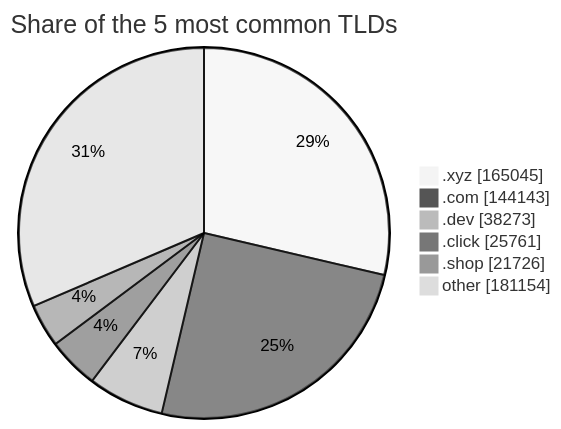
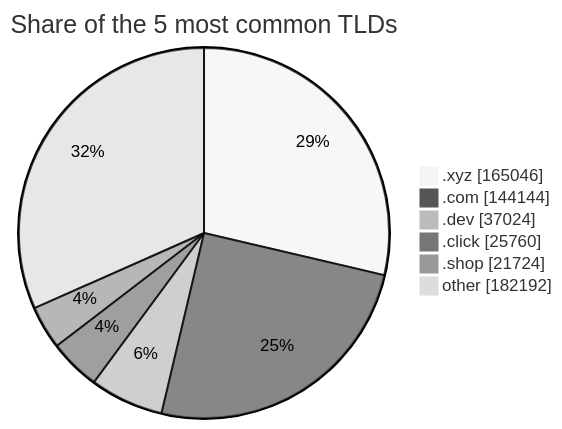
One commit to DNSBunker/CTI changed the third of 3 diagrams in README.md. Above: the diagram before and after it, drawn with Mermaid (neutral theme). The commit also changed other lines of this file and 3 other files, not shown here.

````diff
--- a/README.md
+++ b/README.md
@@ -81,9 +81,9 @@
 ```mermaid
 pie showData title Share of the 5 most common TLDs
-    ".xyz" : 165045
-    ".com" : 144143
-    ".dev" : 38273
-    ".click" : 25761
-    ".shop" : 21726
-    "other" : 181154
+    ".xyz" : 165046
+    ".com" : 144144
+    ".dev" : 37024
+    ".click" : 25760
+    ".shop" : 21724
+    "other" : 182192
 ```
````
